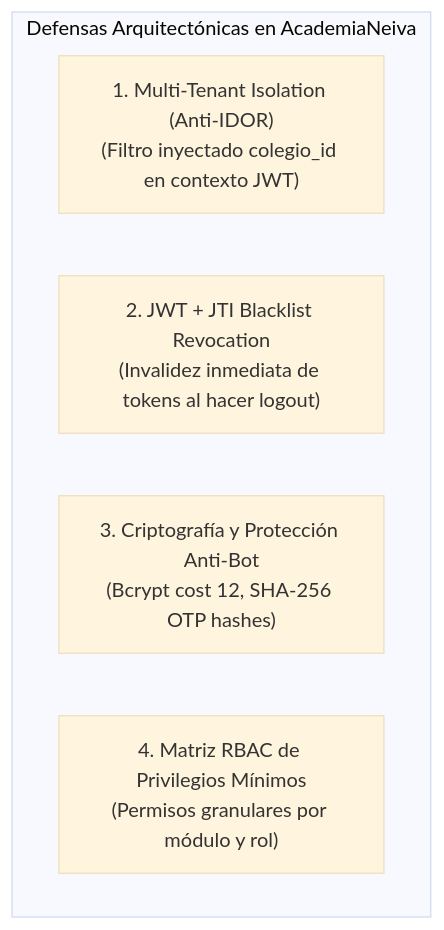
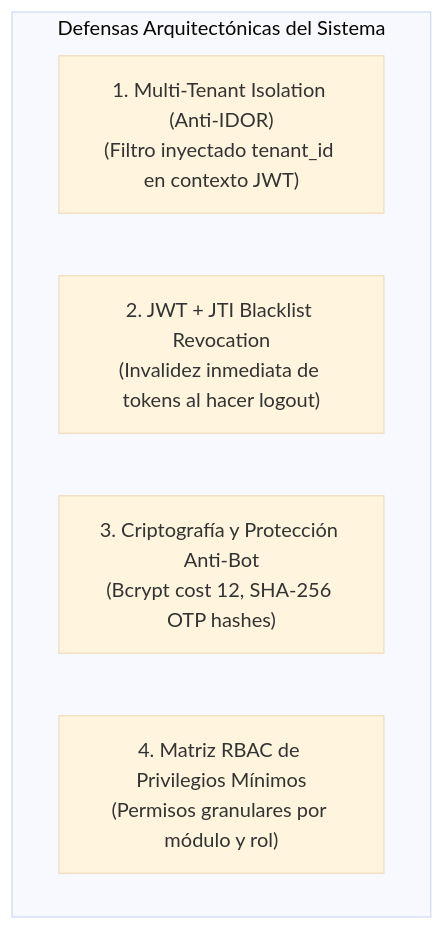
One commit to DanExl24/multiagent-sdlc-starter changed the diagram in multiAgents/02_software_architect/subroles/04_security_multitenant_architect.md. Above: the diagram before and after it, drawn with Mermaid (base theme). The commit also changed other lines of this file and 35 other files, not shown here.

````diff
--- a/multiAgents/02_software_architect/subroles/04_security_multitenant_architect.md
+++ b/multiAgents/02_software_architect/subroles/04_security_multitenant_architect.md
@@ -26,9 +26,9 @@
 ```mermaid
 graph TD
-    subgraph "Defensas Arquitectónicas en AcademiaNeiva"
-        S1["1. Multi-Tenant Isolation (Anti-IDOR)<br/>(Filtro inyectado colegio_id en contexto JWT)"]
+    subgraph "Defensas Arquitectónicas del Sistema"
+        S1["1. Multi-Tenant Isolation (Anti-IDOR)<br/>(Filtro inyectado tenant_id en contexto JWT)"]
         S2["2. JWT + JTI Blacklist Revocation<br/>(Invalidez inmediata de tokens al hacer logout)"]
         S3["3. Criptografía y Protección Anti-Bot<br/>(Bcrypt cost 12, SHA-256 OTP hashes)"]
         S4["4. Matriz RBAC de Privilegios Mínimos<br/>(Permisos granulares por módulo y rol)"]
     end
 ```
````
